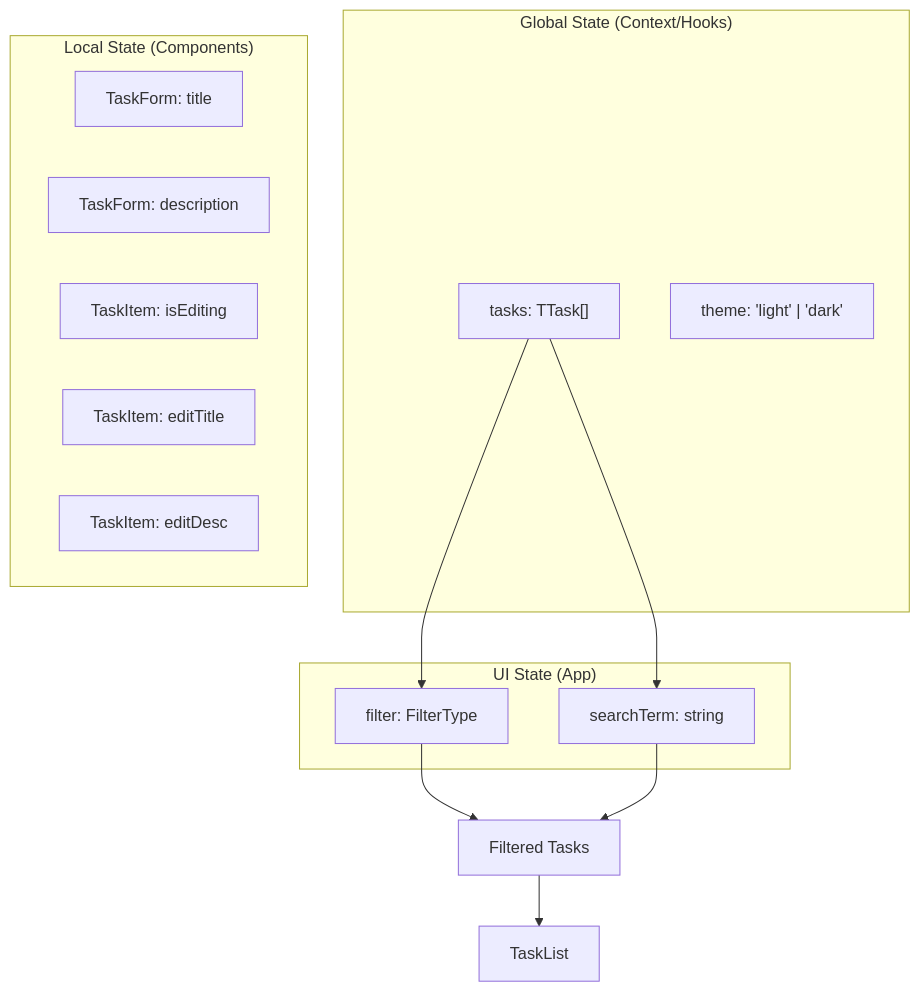
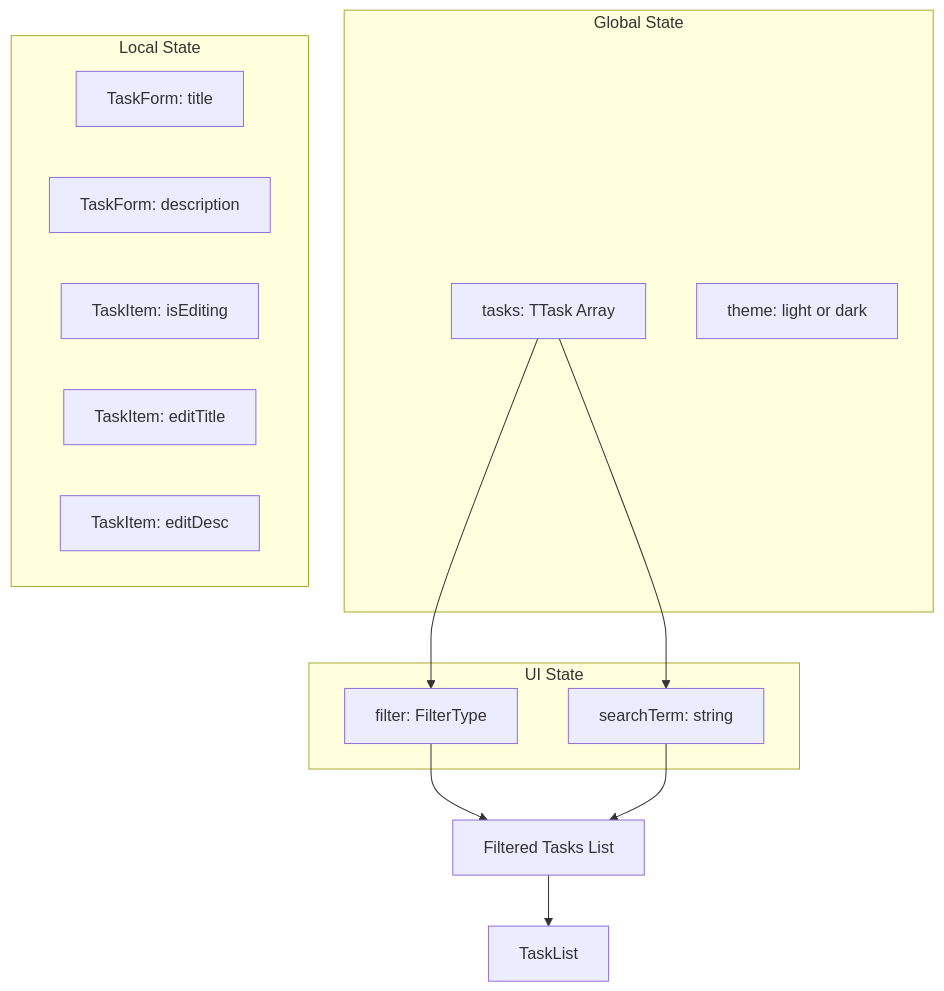
Before and after one commit to Gringo2/zero-task: the first of 2 diagrams in docs/DESIGN.md, drawn with Mermaid. The commit also changed 2 other files, not shown here.

Commit message:
fix(docs): Definitive Mermaid fix by standardizing on graph TD and simplifying label syntax

````diff
--- a/docs/DESIGN.md
+++ b/docs/DESIGN.md
@@ -114,28 +114,28 @@
 ```mermaid
 graph TD
-    subgraph "Global State (Context/Hooks)"
-        Tasks["tasks: TTask[]"]
-        Theme["theme: 'light' | 'dark'"]
+    subgraph "Global State"
+        Tasks["tasks: TTask Array"]
+        Theme["theme: light or dark"]
     end
     
-    subgraph "UI State (App)"
+    subgraph "UI State"
         Filter["filter: FilterType"]
         Search["searchTerm: string"]
     end
     
-    subgraph "Local State (Components)"
+    subgraph "Local State"
         FormTitle["TaskForm: title"]
         FormDesc["TaskForm: description"]
         EditMode["TaskItem: isEditing"]
         EditTitle["TaskItem: editTitle"]
         EditDesc["TaskItem: editDesc"]
     end
     
     Tasks --> Filter
     Tasks --> Search
     
-    Filter --> Filtered["Filtered Tasks"]
-    Search --> Filtered["Filtered Tasks"]
+    Filter --> Filtered["Filtered Tasks List"]
+    Search --> Filtered["Filtered Tasks List"]
     
     Filtered --> TaskList
 ```
````
